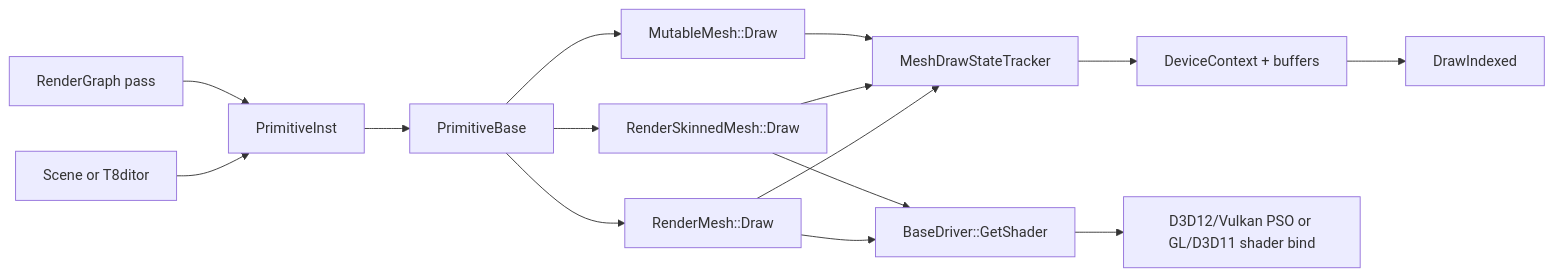
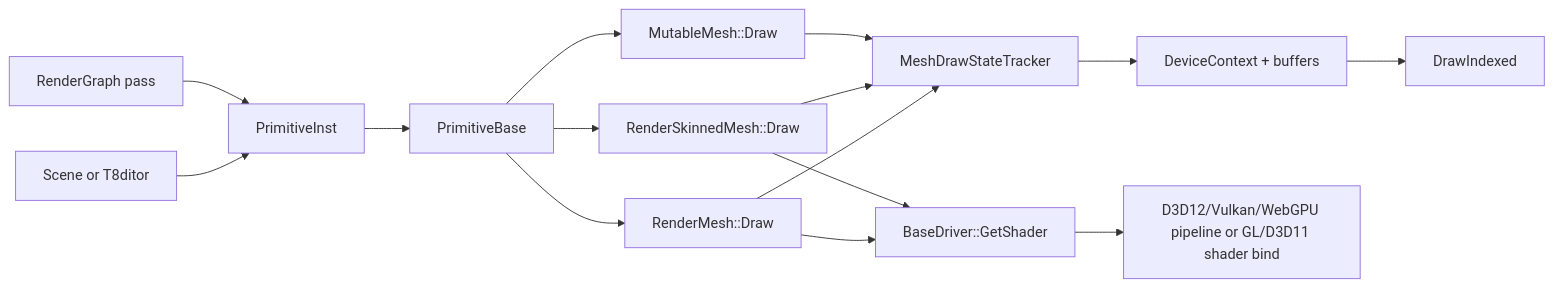
Before and after one commit to 0Camus0/T850: the first of 5 diagrams in documentation/rendering/geometry-rendering-flow.md, drawn with Mermaid. The commit also changed other lines of this file and 92 other files, not shown here.

````diff
--- a/documentation/rendering/geometry-rendering-flow.md
+++ b/documentation/rendering/geometry-rendering-flow.md
@@ -22,17 +22,17 @@
 ```mermaid
 flowchart LR
   Scene["Scene or T8ditor"] --> Inst["PrimitiveInst"]
   RG["RenderGraph pass"] --> Inst
   Inst --> Base["PrimitiveBase"]
   Base --> Static["RenderMesh::Draw"]
   Base --> Skin["RenderSkinnedMesh::Draw"]
   Base --> Mutable["MutableMesh::Draw"]
   Static --> Tracker["MeshDrawStateTracker"]
   Skin --> Tracker
   Mutable --> Tracker
   Tracker --> API["DeviceContext + buffers"]
   Static --> Shader["BaseDriver::GetShader"]
   Skin --> Shader
-  Shader --> PSO["D3D12/Vulkan PSO or GL/D3D11 shader bind"]
+  Shader --> PSO["D3D12/Vulkan/WebGPU pipeline or GL/D3D11 shader bind"]
   API --> Draw["DrawIndexed"]
 ```
````
